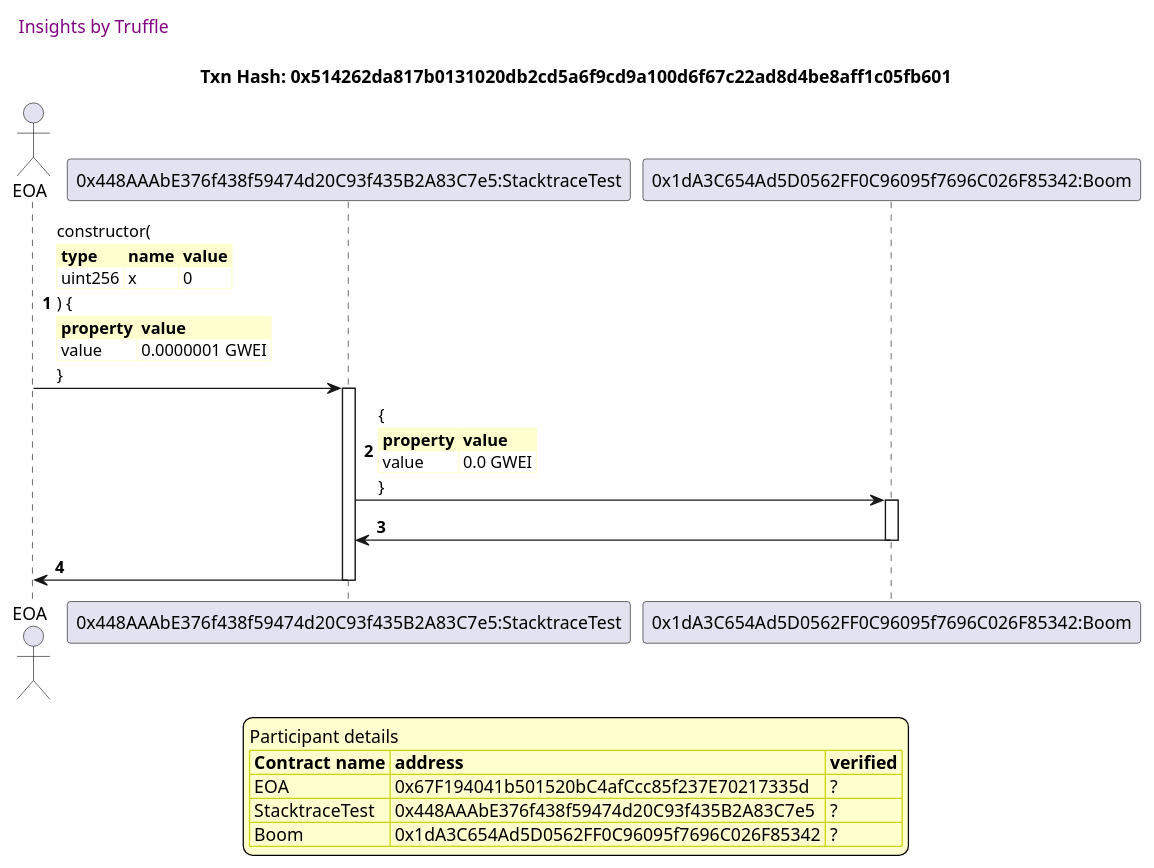
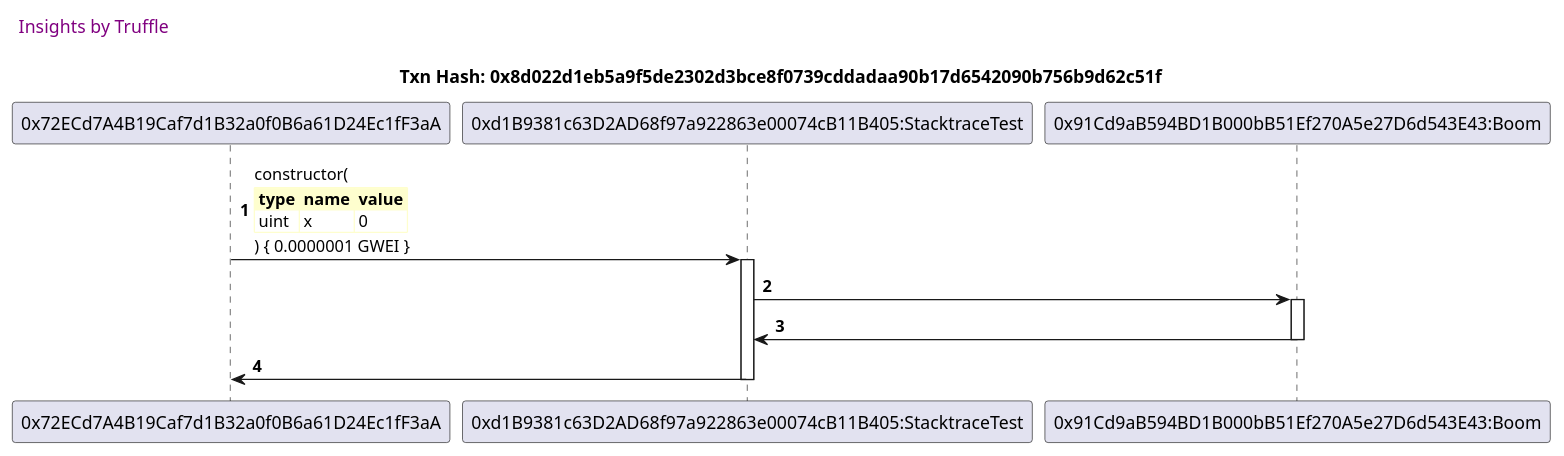
One commit to trufflesuite/txlog-seedlings changed the seventh of 14 diagrams in truffle-seq/stacktrace.test.md. Above: the diagram before and after it, drawn with PlantUML. The commit also changed other lines of this file and 3 other files, not shown here.

````diff
--- a/truffle-seq/stacktrace.test.md
+++ b/truffle-seq/stacktrace.test.md
@@ -449,58 +289,32 @@
 ```plantuml
 
 
 @startuml
 
 autonumber
 skinparam legendBackgroundColor #FEFECE
 
 <style>
       header {
         HorizontalAlignment left
         FontColor purple
         FontSize 14
         Padding 10
       }
     </style>
 
 header Insights by Truffle
 
-title Txn Hash: 0x514262da817b0131020db2cd5a6f9cd9a100d6f67c22ad8d4be8aff1c05fb601
+title Txn Hash: 0x8d022d1eb5a9f5de2302d3bce8f0739cddadaa90b17d6542090b756b9d62c51f
 
 
-actor EOA as "EOA"
-
-participant StacktraceTest as "0x448AAAbE376f438f59474d20C93f435B2A83C7e5:StacktraceTest"
-
-participant Boom as "0x1dA3C654Ad5D0562FF0C96095f7696C026F85342:Boom"
-
-"EOA" -> "StacktraceTest" ++: constructor(\n\
+"0x72ECd7A4B19Caf7d1B32a0f0B6a61D24Ec1fF3aA" -> "0xd1B9381c63D2AD68f97a922863e00074cB11B405:StacktraceTest" ++: constructor(\n\
 <#FEFECE,#FEFECE>|= type |= name |= value |\n\
-| uint256 | x | 0 |\n\
-) {\n\
-<#FEFECE,#FEFECE>|= property |= value|\n\
-| value | 0.0000001 GWEI |\n\
-}
-
-"StacktraceTest" -> "Boom" ++: {\n\
-<#FEFECE,#FEFECE>|= property |= value|\n\
-| value | 0.0 GWEI |\n\
-}
-
-"Boom" -> "StacktraceTest" --: 
-
-"StacktraceTest" -> "EOA" --: 
-
-
-
-legend
-Participant details
-<#FEFECE,#D0D000>|= Contract name |= address |= verified |
-<#FEFECE>| EOA | 0x67F194041b501520bC4afCcc85f237E70217335d | ? |
-<#FEFECE>| StacktraceTest | 0x448AAAbE376f438f59474d20C93f435B2A83C7e5 | ? |
-<#FEFECE>| Boom | 0x1dA3C654Ad5D0562FF0C96095f7696C026F85342 | ? |
-endlegend
-
+| uint | x | 0 |\n\
+) { 0.0000001 GWEI }
+"0xd1B9381c63D2AD68f97a922863e00074cB11B405:StacktraceTest" -> "0x91Cd9aB594BD1B000bB51Ef270A5e27D6d543E43:Boom" ++: 
+"0x91Cd9aB594BD1B000bB51Ef270A5e27D6d543E43:Boom" -> "0xd1B9381c63D2AD68f97a922863e00074cB11B405:StacktraceTest" --: 
+"0xd1B9381c63D2AD68f97a922863e00074cB11B405:StacktraceTest" -> "0x72ECd7A4B19Caf7d1B32a0f0B6a61D24Ec1fF3aA" --: 
 
 @enduml
 ```
````
